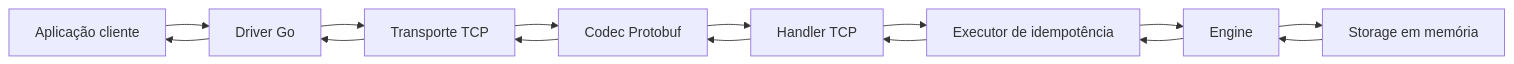
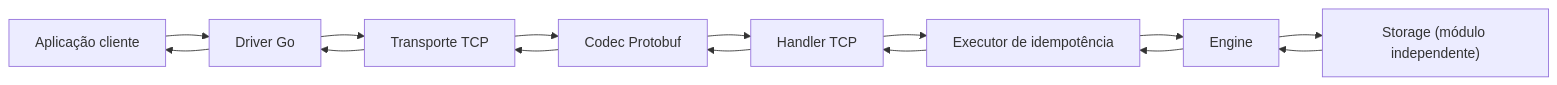
One commit to pescador95/memorydb changed the diagram in docs/README.md. Above: the diagram before and after it, drawn with Mermaid. The commit also changed other lines of this file and 6 other files, not shown here.

````diff
--- a/docs/README.md
+++ b/docs/README.md
@@ -140,27 +151,27 @@
 ```mermaid
 flowchart LR
     Client["Aplicação cliente"]
     Driver["Driver Go"]
     TCP["Transporte TCP"]
     Codec["Codec Protobuf"]
     Handler["Handler TCP"]
     Executor["Executor de idempotência"]
     Engine["Engine"]
-    Storage["Storage em memória"]
+    Storage["Storage (módulo independente)"]
 
     Client --> Driver
     Driver --> TCP
     TCP --> Codec
     Codec --> Handler
     Handler --> Executor
     Executor --> Engine
     Engine --> Storage
 
     Storage --> Engine
     Engine --> Executor
     Executor --> Handler
     Handler --> Codec
     Codec --> TCP
     TCP --> Driver
     Driver --> Client
 ```
````
